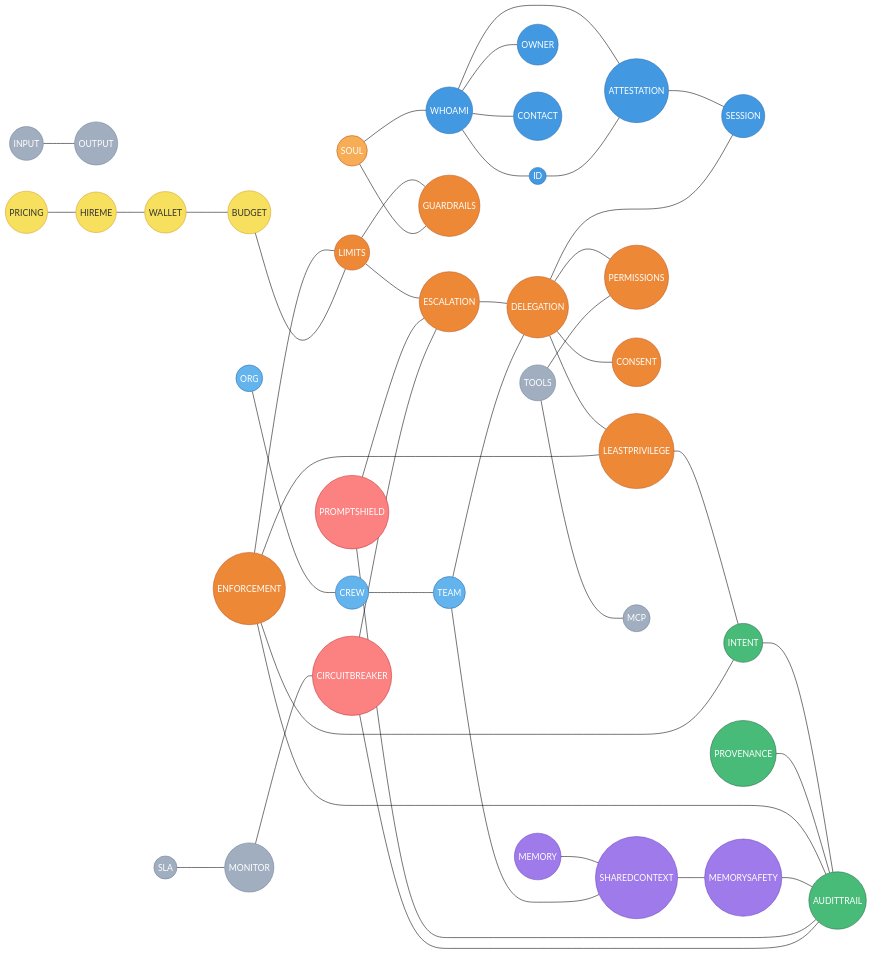
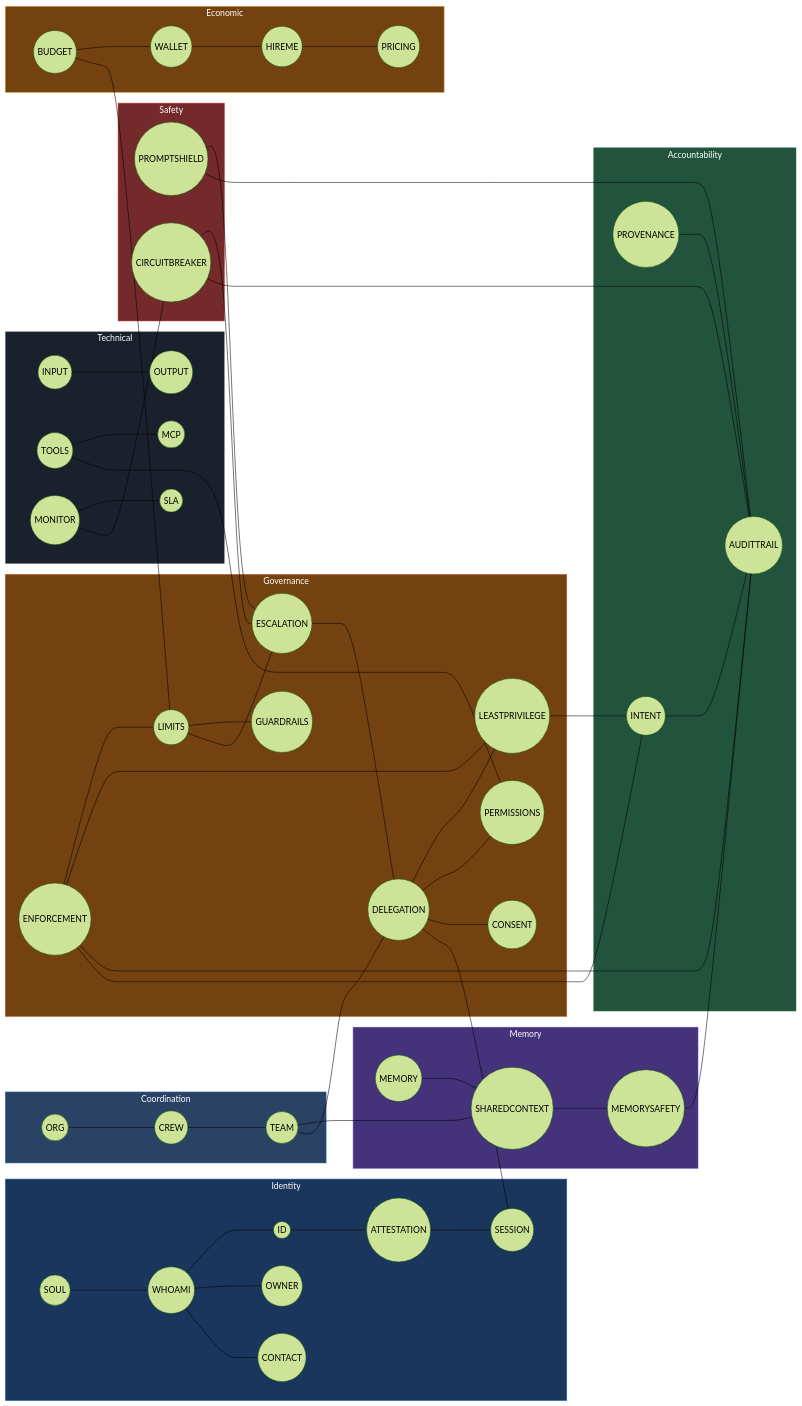
The diagram in README.md (totalmarkdown/agent-md-specs), drawn with Mermaid (forest theme) before and after one commit. The commit also changed other lines of this file and 178 other files, not shown here.

First line of the commit message:
fix: move spec_type to inline metadata, remove banner, cluster Mermaid diagram

````diff
--- a/README.md
+++ b/README.md
@@ -414,82 +414,79 @@
 ```mermaid
 graph LR
-    WHOAMI((WHOAMI)) --- ID((ID))
-    WHOAMI --- ATTESTATION((ATTESTATION))
-    WHOAMI --- OWNER((OWNER))
-    WHOAMI --- CONTACT((CONTACT))
-    ID --- ATTESTATION
-    ATTESTATION --- SESSION((SESSION))
-    DELEGATION((DELEGATION)) --- LEASTPRIVILEGE((LEASTPRIVILEGE))
-    DELEGATION --- PERMISSIONS((PERMISSIONS))
-    DELEGATION --- CONSENT((CONSENT))
+    subgraph Identity
+        SOUL((SOUL)) --- WHOAMI((WHOAMI))
+        WHOAMI --- ID((ID))
+        WHOAMI --- OWNER((OWNER))
+        WHOAMI --- CONTACT((CONTACT))
+        ID --- ATTESTATION((ATTESTATION))
+        ATTESTATION --- SESSION((SESSION))
+    end
+
+    subgraph Governance
+        DELEGATION((DELEGATION)) --- LEASTPRIVILEGE((LEASTPRIVILEGE))
+        DELEGATION --- PERMISSIONS((PERMISSIONS))
+        DELEGATION --- CONSENT((CONSENT))
+        LIMITS((LIMITS)) --- GUARDRAILS((GUARDRAILS))
+        LIMITS --- ESCALATION((ESCALATION))
+        ESCALATION --- DELEGATION
+        ENFORCEMENT((ENFORCEMENT)) --- LIMITS
+        ENFORCEMENT --- LEASTPRIVILEGE
+    end
+
+    subgraph Accountability
+        INTENT((INTENT)) --- AUDITTRAIL((AUDITTRAIL))
+        PROVENANCE((PROVENANCE)) --- AUDITTRAIL
+    end
+
+    subgraph Memory
+        MEMORY((MEMORY)) --- SHAREDCONTEXT((SHAREDCONTEXT))
+        SHAREDCONTEXT --- MEMORYSAFETY((MEMORYSAFETY))
+    end
+
+    subgraph Safety
+        PROMPTSHIELD((PROMPTSHIELD))
+        CIRCUITBREAKER((CIRCUITBREAKER))
+    end
+
+    subgraph Coordination
+        ORG((ORG)) --- CREW((CREW))
+        CREW --- TEAM((TEAM))
+    end
+
+    subgraph Technical
+        INPUT((INPUT)) --- OUTPUT((OUTPUT))
+        TOOLS((TOOLS)) --- MCP((MCP))
+        MONITOR((MONITOR)) --- SLA((SLA))
+    end
+
+    subgraph Economic
+        BUDGET((BUDGET)) --- WALLET((WALLET))
+        WALLET --- HIREME((HIREME))
+        HIREME --- PRICING((PRICING))
+    end
+
+    %% Cross-cluster connections
     DELEGATION --- SESSION
-    LIMITS((LIMITS)) --- GUARDRAILS((GUARDRAILS))
-    LIMITS --- ESCALATION((ESCALATION))
-    ESCALATION --- DELEGATION
-    ENFORCEMENT((ENFORCEMENT)) --- LIMITS
-    ENFORCEMENT --- LEASTPRIVILEGE
-    INTENT((INTENT)) --- AUDITTRAIL((AUDITTRAIL))
     LEASTPRIVILEGE --- INTENT
-    PROVENANCE((PROVENANCE)) --- AUDITTRAIL
     ENFORCEMENT --- AUDITTRAIL
     ENFORCEMENT --- INTENT
-    MEMORY((MEMORY)) --- SHAREDCONTEXT((SHAREDCONTEXT))
-    SHAREDCONTEXT --- MEMORYSAFETY((MEMORYSAFETY))
     MEMORYSAFETY --- AUDITTRAIL
-    PROMPTSHIELD((PROMPTSHIELD)) --- ESCALATION
+    PROMPTSHIELD --- ESCALATION
     PROMPTSHIELD --- AUDITTRAIL
-    CIRCUITBREAKER((CIRCUITBREAKER)) --- ESCALATION
+    CIRCUITBREAKER --- ESCALATION
     CIRCUITBREAKER --- AUDITTRAIL
-    ORG((ORG)) --- CREW((CREW))
-    CREW --- TEAM((TEAM))
     TEAM --- SHAREDCONTEXT
     TEAM --- DELEGATION
-    SOUL((SOUL)) --- WHOAMI
-    SOUL --- GUARDRAILS
-    INPUT((INPUT)) --- OUTPUT((OUTPUT))
-    TOOLS((TOOLS)) --- MCP((MCP))
     TOOLS --- PERMISSIONS
-    MONITOR((MONITOR)) --- CIRCUITBREAKER
-    SLA((SLA)) --- MONITOR
-    BUDGET((BUDGET)) --- LIMITS
-    WALLET((WALLET)) --- BUDGET
-    HIREME((HIREME)) --- WALLET
-    PRICING((PRICING)) --- HIREME
+    MONITOR --- CIRCUITBREAKER
+    BUDGET --- LIMITS
 
-    style WHOAMI fill:#4299e1,color:#fff,stroke:#2b6cb0
-    style ID fill:#4299e1,color:#fff,stroke:#2b6cb0
-    style ATTESTATION fill:#4299e1,color:#fff,stroke:#2b6cb0
-    style SESSION fill:#4299e1,color:#fff,stroke:#2b6cb0
-    style OWNER fill:#4299e1,color:#fff,stroke:#2b6cb0
-    style CONTACT fill:#4299e1,color:#fff,stroke:#2b6cb0
-    style DELEGATION fill:#ed8936,color:#fff,stroke:#c05621
-    style LEASTPRIVILEGE fill:#ed8936,color:#fff,stroke:#c05621
-    style PERMISSIONS fill:#ed8936,color:#fff,stroke:#c05621
-    style CONSENT fill:#ed8936,color:#fff,stroke:#c05621
-    style LIMITS fill:#ed8936,color:#fff,stroke:#c05621
-    style GUARDRAILS fill:#ed8936,color:#fff,stroke:#c05621
-    style ESCALATION fill:#ed8936,color:#fff,stroke:#c05621
-    style ENFORCEMENT fill:#ed8936,color:#fff,stroke:#c05621
-    style INTENT fill:#48bb78,color:#fff,stroke:#276749
-    style AUDITTRAIL fill:#48bb78,color:#fff,stroke:#276749
-    style PROVENANCE fill:#48bb78,color:#fff,stroke:#276749
-    style MEMORY fill:#9f7aea,color:#fff,stroke:#6b46c1
-    style SHAREDCONTEXT fill:#9f7aea,color:#fff,stroke:#6b46c1
-    style MEMORYSAFETY fill:#9f7aea,color:#fff,stroke:#6b46c1
-    style PROMPTSHIELD fill:#fc8181,color:#fff,stroke:#c53030
-    style CIRCUITBREAKER fill:#fc8181,color:#fff,stroke:#c53030
-    style SOUL fill:#f6ad55,color:#fff,stroke:#c05621
-    style TEAM fill:#63b3ed,color:#fff,stroke:#2b6cb0
-    style CREW fill:#63b3ed,color:#fff,stroke:#2b6cb0
-    style ORG fill:#63b3ed,color:#fff,stroke:#2b6cb0
-    style INPUT fill:#a0aec0,color:#fff,stroke:#718096
-    style OUTPUT fill:#a0aec0,color:#fff,stroke:#718096
-    style TOOLS fill:#a0aec0,color:#fff,stroke:#718096
-    style MCP fill:#a0aec0,color:#fff,stroke:#718096
-    style MONITOR fill:#a0aec0,color:#fff,stroke:#718096
-    style SLA fill:#a0aec0,color:#fff,stroke:#718096
-    style BUDGET fill:#f6e05e,color:#333,stroke:#d69e2e
-    style WALLET fill:#f6e05e,color:#333,stroke:#d69e2e
-    style HIREME fill:#f6e05e,color:#333,stroke:#d69e2e
-    style PRICING fill:#f6e05e,color:#333,stroke:#d69e2e
+    style Identity fill:#1a365d,color:#fff,stroke:#2b6cb0
+    style Governance fill:#744210,color:#fff,stroke:#c05621
+    style Accountability fill:#22543d,color:#fff,stroke:#276749
+    style Memory fill:#44337a,color:#fff,stroke:#6b46c1
+    style Safety fill:#742a2a,color:#fff,stroke:#c53030
+    style Coordination fill:#2a4365,color:#fff,stroke:#2b6cb0
+    style Technical fill:#1a202c,color:#fff,stroke:#718096
+    style Economic fill:#744210,color:#fff,stroke:#d69e2e
 ```
````
